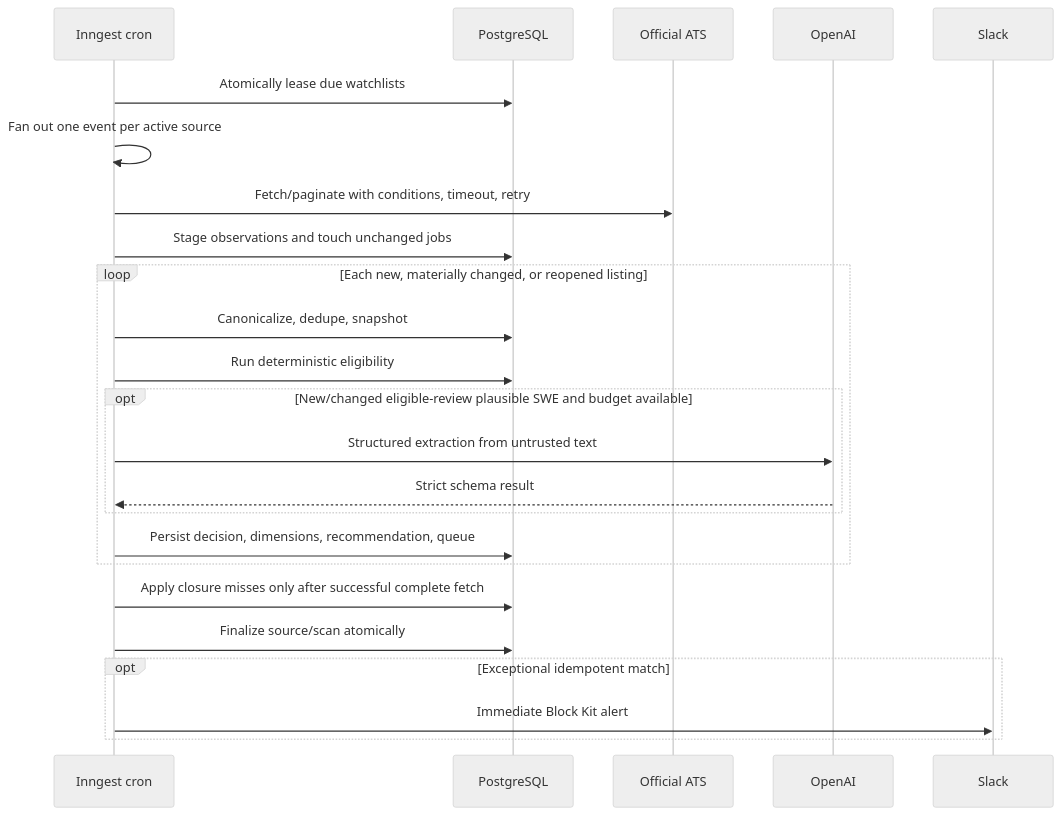
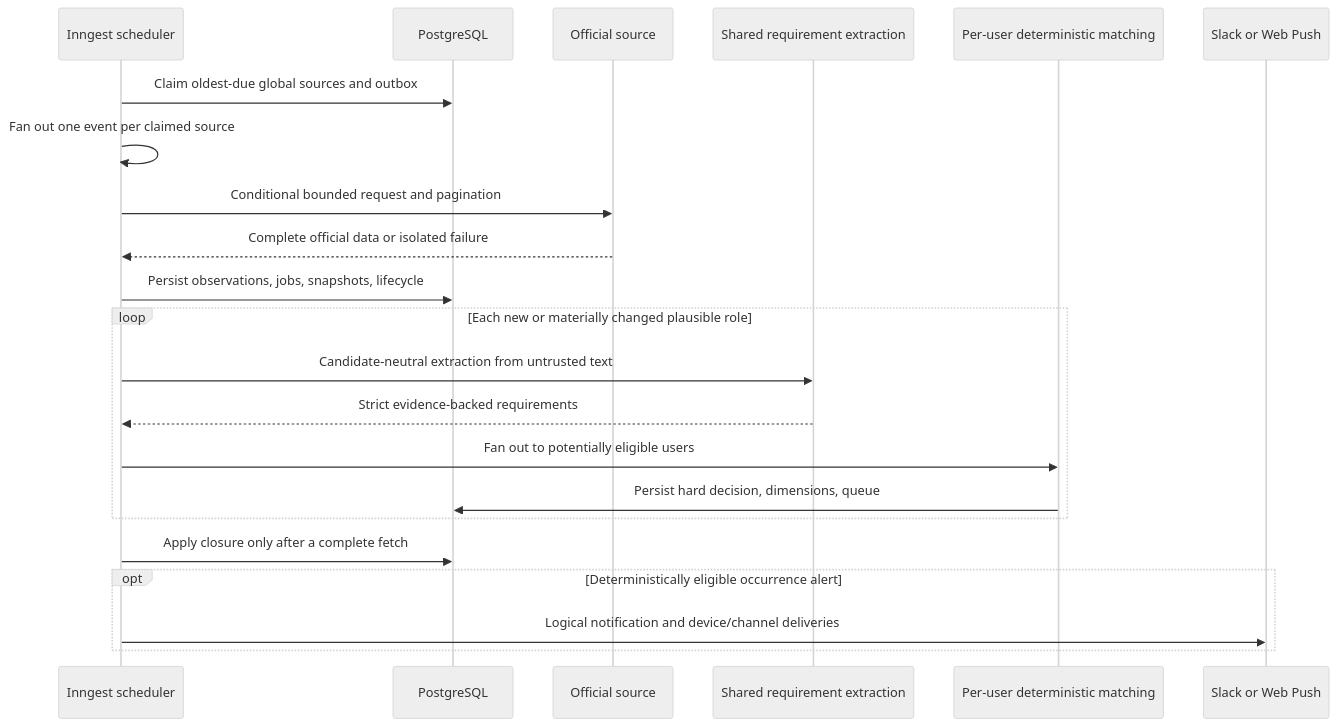
Before and after one commit to ilan0/firstseen-job-discovery: the second of 2 diagrams in docs/architecture.md, drawn with Mermaid (neutral theme). The commit also changed other lines of this file and 176 other files, not shown here.

````diff
--- a/docs/architecture.md
+++ b/docs/architecture.md
@@ -25,26 +33,24 @@
 ```mermaid
 sequenceDiagram
-  participant C as Inngest cron
+  participant C as Inngest scheduler
   participant DB as PostgreSQL
-  participant ATS as Official ATS
-  participant AI as OpenAI
-  participant Slack as Slack
-  C->>DB: Atomically lease due watchlists
-  C->>C: Fan out one event per active source
-  C->>ATS: Fetch/paginate with conditions, timeout, retry
-  C->>DB: Stage observations and touch unchanged jobs
-  loop Each new, materially changed, or reopened listing
-    C->>DB: Canonicalize, dedupe, snapshot
-    C->>DB: Run deterministic eligibility
-    opt New/changed eligible-review plausible SWE and budget available
-      C->>AI: Structured extraction from untrusted text
-      AI-->>C: Strict schema result
-    end
-    C->>DB: Persist decision, dimensions, recommendation, queue
+  participant ATS as Official source
+  participant AI as Shared requirement extraction
+  participant Match as Per-user deterministic matching
+  participant Delivery as Slack or Web Push
+  C->>DB: Claim oldest-due global sources and outbox
+  C->>C: Fan out one event per claimed source
+  C->>ATS: Conditional bounded request and pagination
+  ATS-->>C: Complete official data or isolated failure
+  C->>DB: Persist observations, jobs, snapshots, lifecycle
+  loop Each new or materially changed plausible role
+    C->>AI: Candidate-neutral extraction from untrusted text
+    AI-->>C: Strict evidence-backed requirements
+    C->>Match: Fan out to potentially eligible users
+    Match->>DB: Persist hard decision, dimensions, queue
   end
-  C->>DB: Apply closure misses only after successful complete fetch
-  C->>DB: Finalize source/scan atomically
-  opt Exceptional idempotent match
-    C->>Slack: Immediate Block Kit alert
+  C->>DB: Apply closure only after a complete fetch
+  opt Deterministically eligible occurrence alert
+    C->>Delivery: Logical notification and device/channel deliveries
   end
 ```
````
